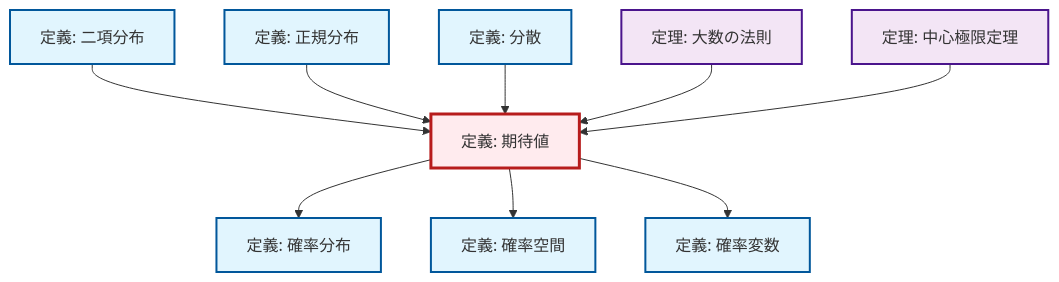
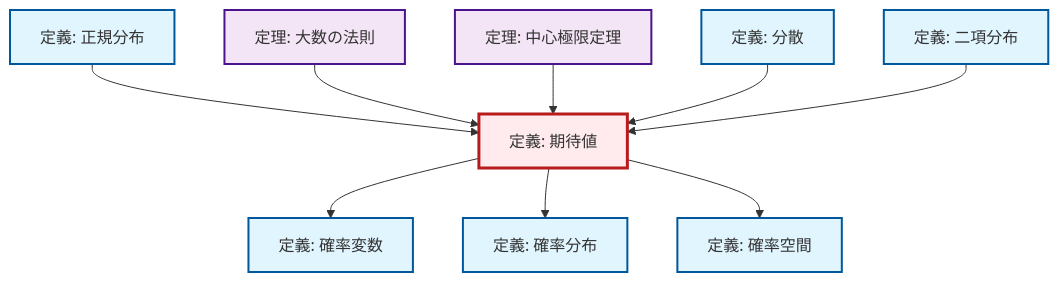
The second of 2 diagrams in content/ja/probability-statistics/def-expectation.qmd (RK0429/ModernMath), drawn with Mermaid before and after one commit. The commit also changed other lines of this file and 328 other files, not shown here.

````diff
--- a/content/ja/probability-statistics/def-expectation.qmd
+++ b/content/ja/probability-statistics/def-expectation.qmd
@@ -89,35 +89,35 @@
 ```{mermaid}
 %%| fig-cap: "ローカル依存関係グラフ"
 graph TD
     classDef definition fill:#e1f5fe,stroke:#01579b,stroke-width:2px
     classDef theorem fill:#f3e5f5,stroke:#4a148c,stroke-width:2px
     classDef axiom fill:#fff3e0,stroke:#e65100,stroke-width:2px
     classDef example fill:#e8f5e9,stroke:#1b5e20,stroke-width:2px
     classDef current fill:#ffebee,stroke:#b71c1c,stroke-width:3px
+    def-random-variable["定義: 確率変数"]:::definition
     def-normal-distribution["定義: 正規分布"]:::definition
+    def-variance["定義: 分散"]:::definition
+    thm-central-limit["定理: 中心極限定理"]:::theorem
+    thm-law-of-large-numbers["定理: 大数の法則"]:::theorem
+    def-probability-distribution["定義: 確率分布"]:::definition
     def-probability-space["定義: 確率空間"]:::definition
+    def-expectation["定義: 期待値"]:::definition
     def-binomial-distribution["定義: 二項分布"]:::definition
-    thm-law-of-large-numbers["定理: 大数の法則"]:::theorem
-    def-expectation["定義: 期待値"]:::definition
-    def-probability-distribution["定義: 確率分布"]:::definition
-    thm-central-limit["定理: 中心極限定理"]:::theorem
-    def-variance["定義: 分散"]:::definition
-    def-random-variable["定義: 確率変数"]:::definition
+    def-normal-distribution --> def-expectation
+    thm-law-of-large-numbers --> def-expectation
+    thm-central-limit --> def-expectation
+    def-variance --> def-expectation
+    def-binomial-distribution --> def-expectation
+    def-expectation --> def-random-variable
     def-expectation --> def-probability-distribution
-    def-binomial-distribution --> def-expectation
     def-expectation --> def-probability-space
-    def-normal-distribution --> def-expectation
-    def-variance --> def-expectation
-    thm-law-of-large-numbers --> def-expectation
-    def-expectation --> def-random-variable
-    thm-central-limit --> def-expectation
     class def-expectation current
+    click def-random-variable "def-random-variable.html" "確率変数の定義へ"
     click def-normal-distribution "def-normal-distribution.html" "正規分布の定義へ"
+    click def-variance "def-variance.html" "分散の定義へ"
+    click thm-central-limit "thm-central-limit.html" "中心極限定理の定理へ"
+    click thm-law-of-large-numbers "thm-law-of-large-numbers.html" "大数の法則の定理へ"
+    click def-probability-distribution "def-probability-distribution.html" "確率分布の定義へ"
     click def-probability-space "def-probability-space.html" "確率空間の定義へ"
     click def-binomial-distribution "def-binomial-distribution.html" "二項分布の定義へ"
-    click thm-law-of-large-numbers "thm-law-of-large-numbers.html" "大数の法則の定理へ"
-    click def-probability-distribution "def-probability-distribution.html" "確率分布の定義へ"
-    click thm-central-limit "thm-central-limit.html" "中心極限定理の定理へ"
-    click def-variance "def-variance.html" "分散の定義へ"
-    click def-random-variable "def-random-variable.html" "確率変数の定義へ"
 ```
````
